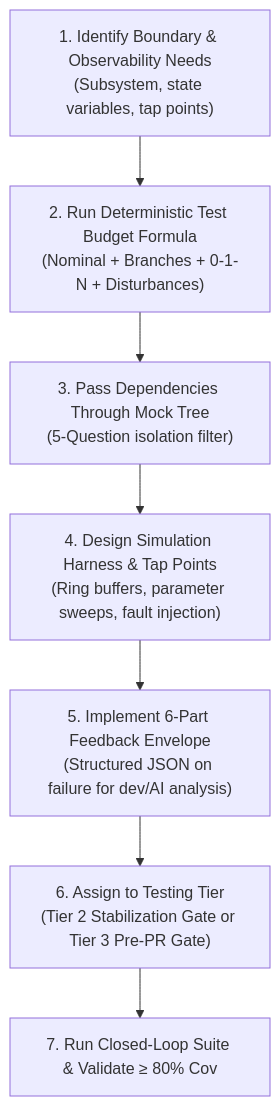
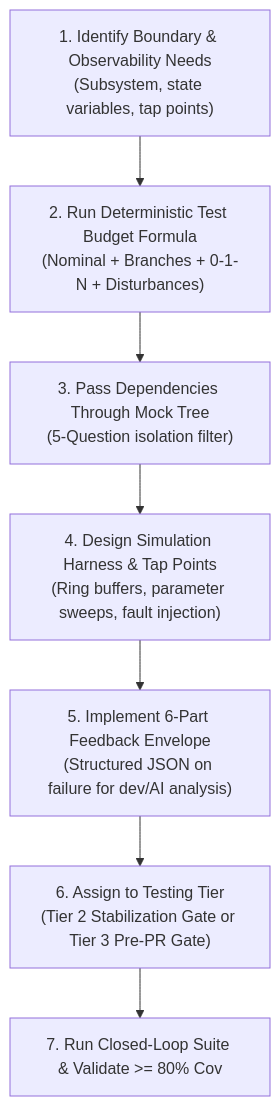
Before and after one commit to spelech/AgenticEngineeringToolbelt: the first of 3 diagrams in .agents/skills/test-harness-builder/SKILL.md, drawn with Mermaid. The commit also changed other lines of this file and 42 other files, not shown here.

````diff
--- a/.agents/skills/test-harness-builder/SKILL.md
+++ b/.agents/skills/test-harness-builder/SKILL.md
@@ -16,9 +16,9 @@
 ```mermaid
 flowchart TD
     Identify["1. Identify Boundary & Observability Needs<br>(Subsystem, state variables, tap points)"] --> Budget["2. Run Deterministic Test Budget Formula<br>(Nominal + Branches + 0-1-N + Disturbances)"]
     Budget --> MockTree["3. Pass Dependencies Through Mock Tree<br>(5-Question isolation filter)"]
     MockTree --> Design["4. Design Simulation Harness & Tap Points<br>(Ring buffers, parameter sweeps, fault injection)"]
     Design --> Envelope["5. Implement 6-Part Feedback Envelope<br>(Structured JSON on failure for dev/AI analysis)"]
     Envelope --> Cadence["6. Assign to Testing Tier<br>(Tier 2 Stabilization Gate or Tier 3 Pre-PR Gate)"]
-    Cadence --> Verify["7. Run Closed-Loop Suite & Validate &ge; 80% Cov"]
+    Cadence --> Verify["7. Run Closed-Loop Suite & Validate >= 80% Cov"]
 ```
````
